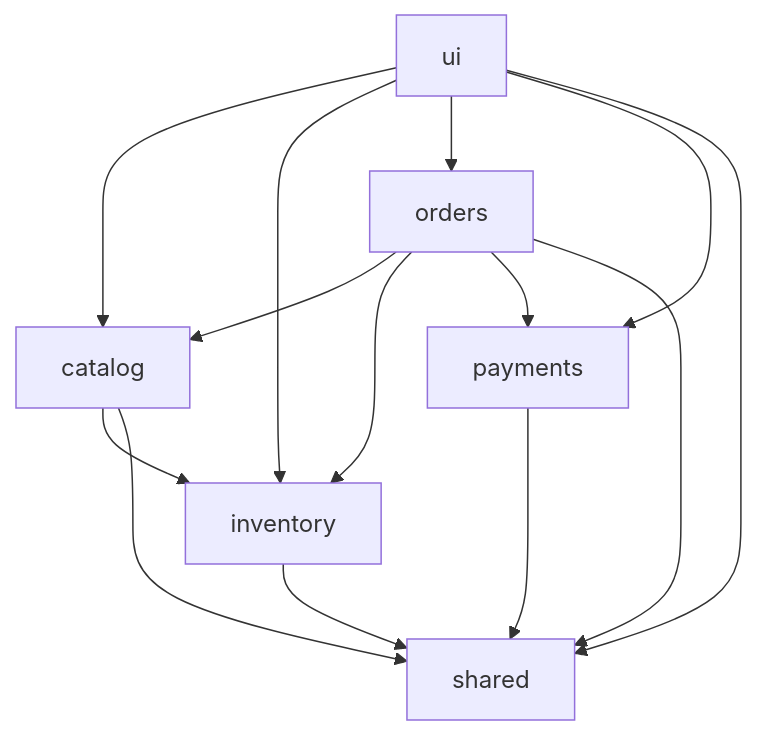
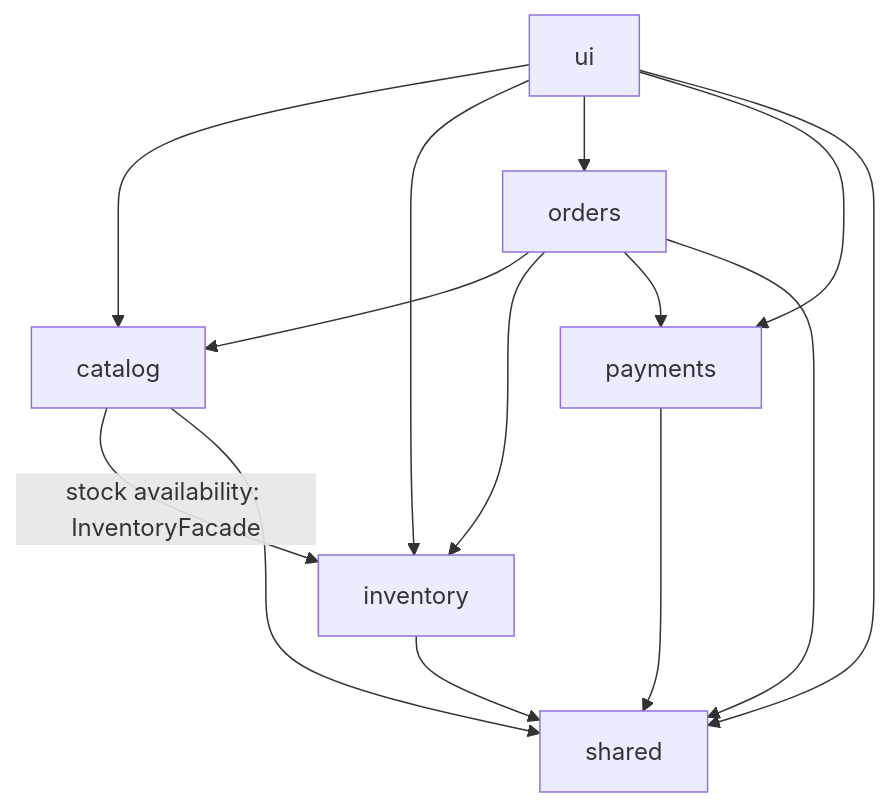
The diagram in README.md (rajadilipkolli/retail-store-modulith), drawn with Mermaid before and after one commit. The commit also changed other lines of this file and 9 other files, not shown here.

````diff
--- a/README.md
+++ b/README.md
@@ -108,18 +108,18 @@
 ```mermaid
 graph TD
     UI[ui] --> Catalog[catalog]
     UI --> Inventory[inventory]
     UI --> Orders[orders]
     UI --> Payments[payments]
     UI --> Shared[shared]
 
     Orders --> Catalog
     Orders --> Inventory
     Orders --> Payments
     Orders --> Shared
 
-    Catalog --> Inventory
+    Catalog -->|stock availability: InventoryFacade| Inventory
     Catalog --> Shared
     Inventory --> Shared
     Payments --> Shared
 ```
````
